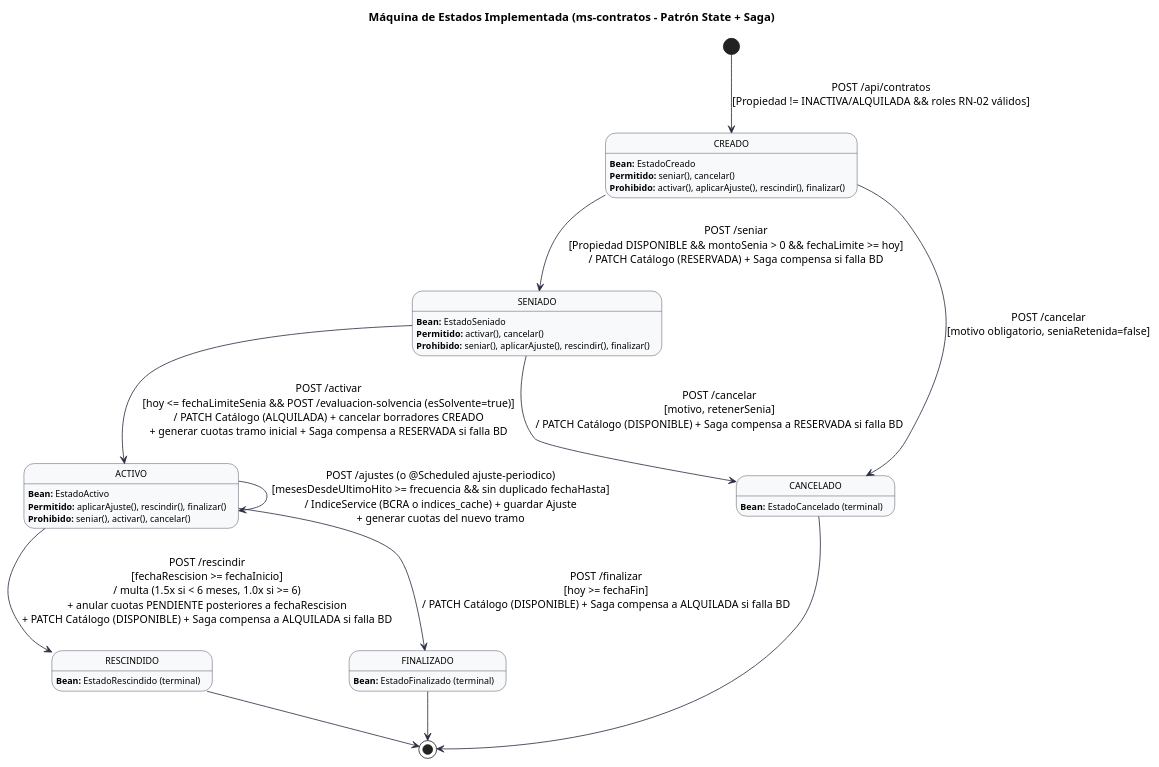
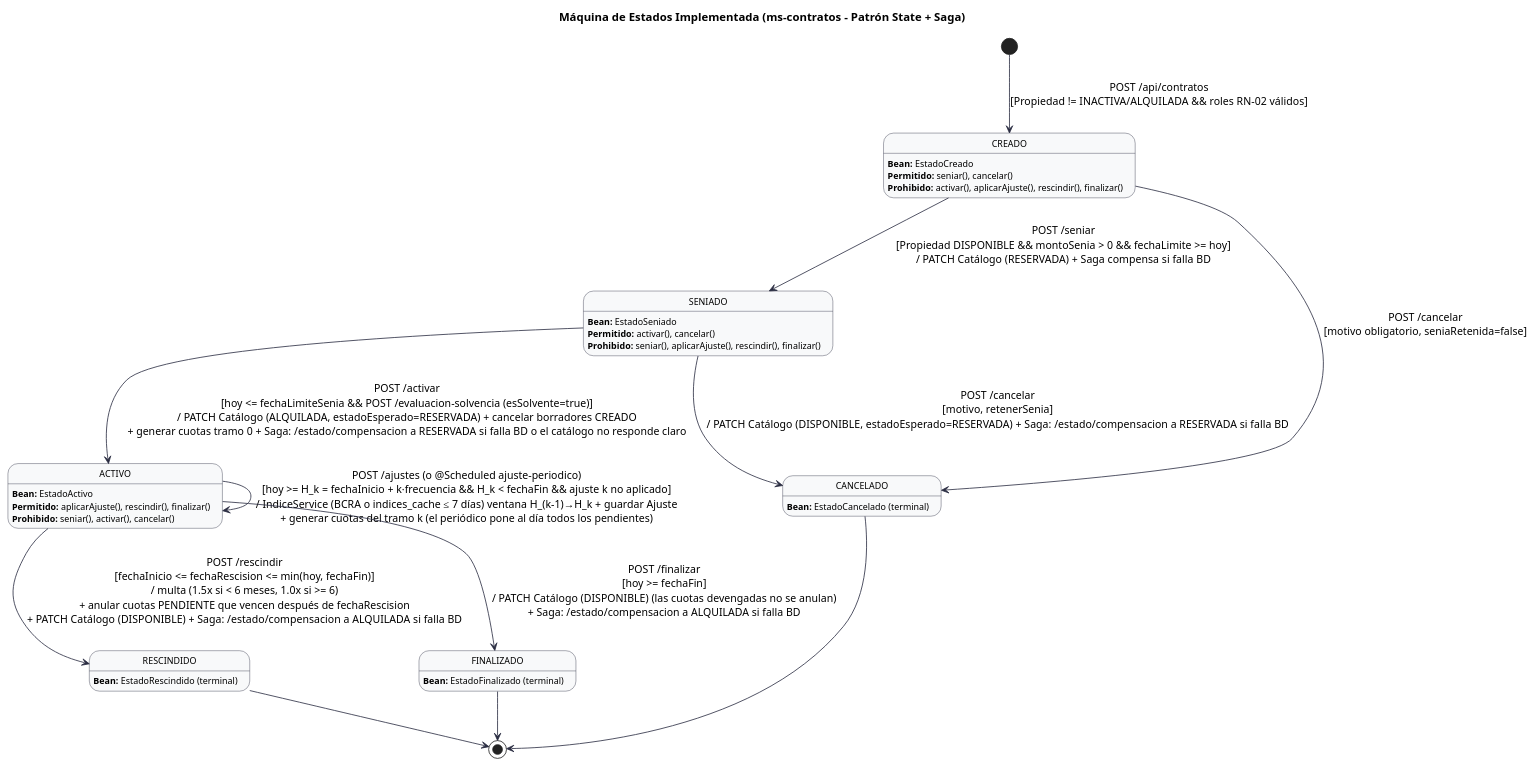
The fifth of 5 diagrams in docs/Diagramas-EntregaFinal.md (Luxuul01/tpi-back-RovedaSA), drawn with PlantUML before and after one commit. The commit also changed other lines of this file and 5 other files, not shown here.

Commit message:
docs: estado del proyecto con matriz de trazabilidad, documentos de trabajo al dia e ids e-03, e-05 y e-06 en la coleccion

````diff
--- a/docs/Diagramas-EntregaFinal.md
+++ b/docs/Diagramas-EntregaFinal.md
@@ -611,64 +615,64 @@
 ```plantuml
 @startuml MaquinaEstados_Final
 skinparam backgroundColor #FFFFFF
 skinparam state {
     BackgroundColor #F8F9FA
     BorderColor #2B2D42
     ArrowColor #2B2D42
     FontName Arial
     FontSize 12
     AttributeFontSize 11
 }
 hide empty description
 
 title Máquina de Estados Implementada (ms-contratos - Patrón State + Saga)
 
 [*] --> CREADO : POST /api/contratos\n[Propiedad != INACTIVA/ALQUILADA && roles RN-02 válidos]
 
 state CREADO {
     CREADO : **Bean:** EstadoCreado
     CREADO : **Permitido:** seniar(), cancelar()
     CREADO : **Prohibido:** activar(), aplicarAjuste(), rescindir(), finalizar()
 }
 
 CREADO --> SENIADO : POST /seniar\n[Propiedad DISPONIBLE && montoSenia > 0 && fechaLimite >= hoy]\n/ PATCH Catálogo (RESERVADA) + Saga compensa si falla BD
 
 CREADO --> CANCELADO : POST /cancelar\n[motivo obligatorio, seniaRetenida=false]
 
 state SENIADO {
     SENIADO : **Bean:** EstadoSeniado
     SENIADO : **Permitido:** activar(), cancelar()
     SENIADO : **Prohibido:** seniar(), aplicarAjuste(), rescindir(), finalizar()
 }
 
-SENIADO --> ACTIVO : POST /activar\n[hoy <= fechaLimiteSenia && POST /evaluacion-solvencia (esSolvente=true)]\n/ PATCH Catálogo (ALQUILADA) + cancelar borradores CREADO\n+ generar cuotas tramo inicial + Saga compensa a RESERVADA si falla BD
+SENIADO --> ACTIVO : POST /activar\n[hoy <= fechaLimiteSenia && POST /evaluacion-solvencia (esSolvente=true)]\n/ PATCH Catálogo (ALQUILADA, estadoEsperado=RESERVADA) + cancelar borradores CREADO\n+ generar cuotas tramo 0 + Saga: /estado/compensacion a RESERVADA si falla BD o el catálogo no responde claro
 
-SENIADO --> CANCELADO : POST /cancelar\n[motivo, retenerSenia]\n/ PATCH Catálogo (DISPONIBLE) + Saga compensa a RESERVADA si falla BD
+SENIADO --> CANCELADO : POST /cancelar\n[motivo, retenerSenia]\n/ PATCH Catálogo (DISPONIBLE, estadoEsperado=RESERVADA) + Saga: /estado/compensacion a RESERVADA si falla BD
 
 state ACTIVO {
     ACTIVO : **Bean:** EstadoActivo
     ACTIVO : **Permitido:** aplicarAjuste(), rescindir(), finalizar()
     ACTIVO : **Prohibido:** seniar(), activar(), cancelar()
 
-    ACTIVO --> ACTIVO : POST /ajustes (o @Scheduled ajuste-periodico)\n[mesesDesdeUltimoHito >= frecuencia && sin duplicado fechaHasta]\n/ IndiceService (BCRA o indices_cache) + guardar Ajuste\n+ generar cuotas del nuevo tramo
+    ACTIVO --> ACTIVO : POST /ajustes (o @Scheduled ajuste-periodico)\n[hoy >= H_k = fechaInicio + k·frecuencia && H_k < fechaFin && ajuste k no aplicado]\n/ IndiceService (BCRA o indices_cache ≤ 7 días) ventana H_(k-1)→H_k + guardar Ajuste\n+ generar cuotas del tramo k (el periódico pone al día todos los pendientes)
 }
 
-ACTIVO --> RESCINDIDO : POST /rescindir\n[fechaRescision >= fechaInicio]\n/ multa (1.5x si < 6 meses, 1.0x si >= 6)\n+ anular cuotas PENDIENTE posteriores a fechaRescision\n+ PATCH Catálogo (DISPONIBLE) + Saga compensa a ALQUILADA si falla BD
+ACTIVO --> RESCINDIDO : POST /rescindir\n[fechaInicio <= fechaRescision <= min(hoy, fechaFin)]\n/ multa (1.5x si < 6 meses, 1.0x si >= 6)\n+ anular cuotas PENDIENTE que vencen después de fechaRescision\n+ PATCH Catálogo (DISPONIBLE) + Saga: /estado/compensacion a ALQUILADA si falla BD
 
-ACTIVO --> FINALIZADO : POST /finalizar\n[hoy >= fechaFin]\n/ PATCH Catálogo (DISPONIBLE) + Saga compensa a ALQUILADA si falla BD
+ACTIVO --> FINALIZADO : POST /finalizar\n[hoy >= fechaFin]\n/ PATCH Catálogo (DISPONIBLE) (las cuotas devengadas no se anulan)\n+ Saga: /estado/compensacion a ALQUILADA si falla BD
 
 state CANCELADO {
     CANCELADO : **Bean:** EstadoCancelado (terminal)
 }
 state RESCINDIDO {
     RESCINDIDO : **Bean:** EstadoRescindido (terminal)
 }
 state FINALIZADO {
     FINALIZADO : **Bean:** EstadoFinalizado (terminal)
 }
 
 CANCELADO --> [*]
 RESCINDIDO --> [*]
 FINALIZADO --> [*]
 @enduml
 ```
````
